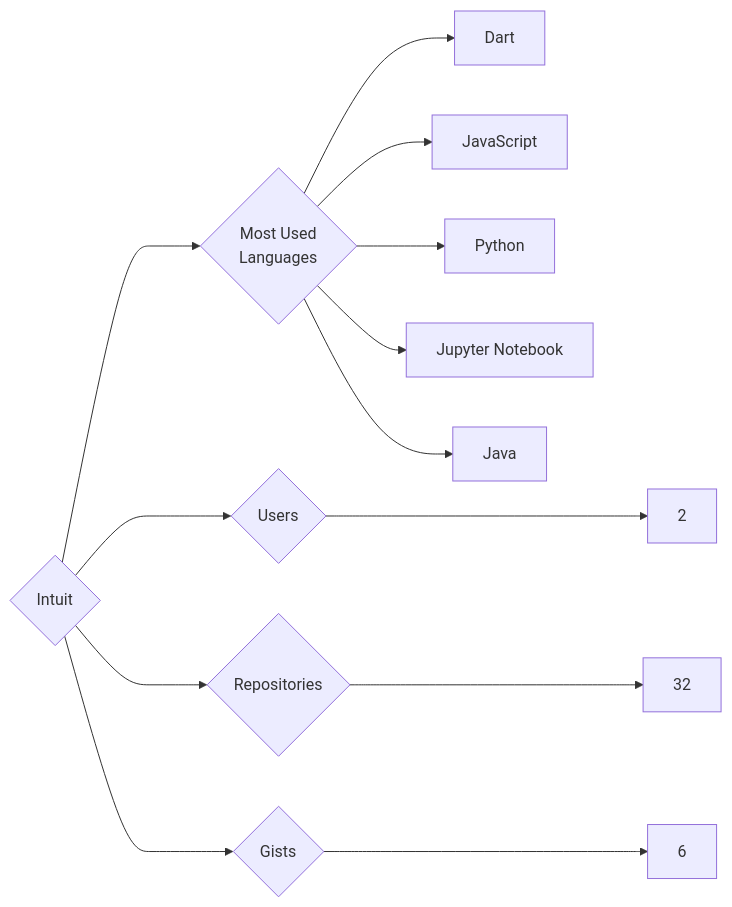
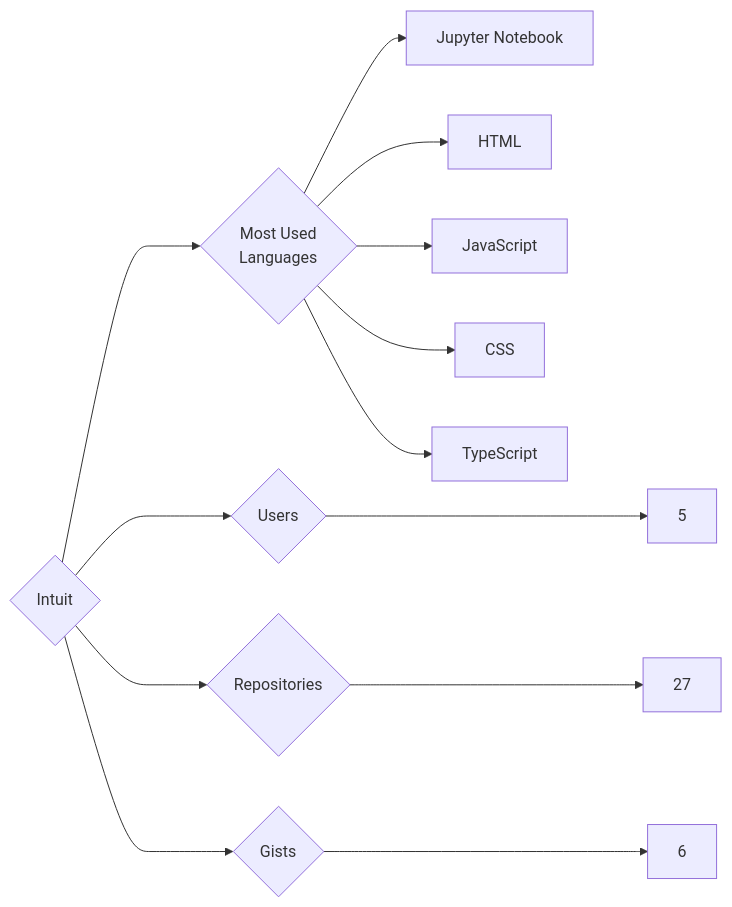
One commit to trickest/insiders changed the diagram in targets/Intuit/README.md. Above: the diagram before and after it, drawn with Mermaid. The commit also changed 1003 other files, not shown here.

````diff
--- a/targets/Intuit/README.md
+++ b/targets/Intuit/README.md
@@ -3,13 +3,13 @@
 ```mermaid
 graph LR
 COMPANY_NAME{Intuit}
-COMPANY_NAME ---> U{Users} ---> UN[2]
-COMPANY_NAME ---> R{Repositories} ---> RN[32]
+COMPANY_NAME ---> U{Users} ---> UN[5]
+COMPANY_NAME ---> R{Repositories} ---> RN[27]
 COMPANY_NAME ---> G{Gists} ---> GN[6]
 COMPANY_NAME ---> ML{Most Used<br>Languages}
-ML --> Dart[Dart]
+ML --> Jupyter_Notebook[Jupyter Notebook]
+ML --> HTML[HTML]
 ML --> JavaScript[JavaScript]
-ML --> Python[Python]
-ML --> Jupyter_Notebook[Jupyter Notebook]
-ML --> Java[Java]
+ML --> CSS[CSS]
+ML --> TypeScript[TypeScript]
 ```
````
